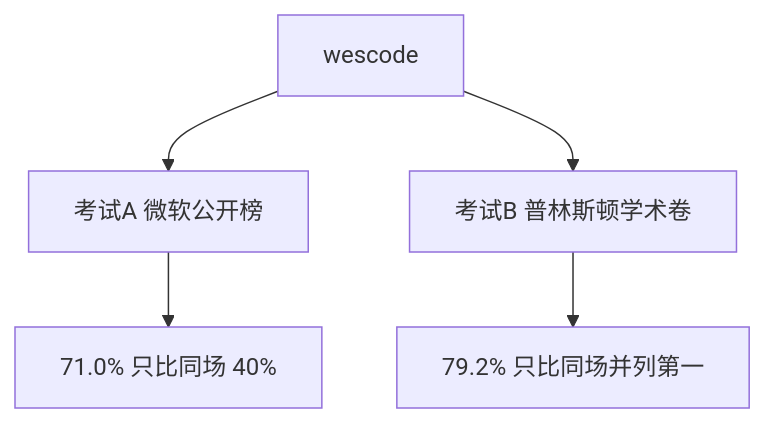
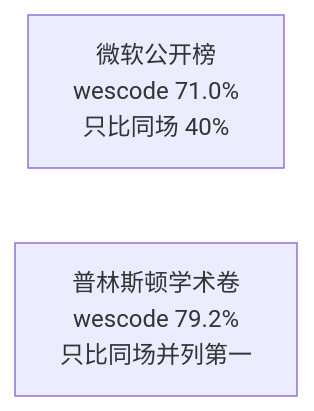
One commit to weisyn/wescode changed the second of 2 diagrams in benchmarks/README.md. Above: the diagram before and after it, drawn with Mermaid. The commit also changed other lines of this file, not shown here.

Commit message:
docs(benchmarks): mermaid 改左右两场卡片，强制换行避免乱折

````diff
--- a/benchmarks/README.md
+++ b/benchmarks/README.md
@@ -80,8 +80,5 @@
 ```mermaid
-flowchart TB
-  W[wescode]
-  W --> L[考试A 微软公开榜]
-  W --> P[考试B 普林斯顿学术卷]
-  L --> L1["71.0% 只比同场 40%"]
-  P --> P1["79.2% 只比同场并列第一"]
+flowchart LR
+  A["微软公开榜<br/>wescode 71.0%<br/>只比同场 40%"]
+  B["普林斯顿学术卷<br/>wescode 79.2%<br/>只比同场并列第一"]
 ```
````
